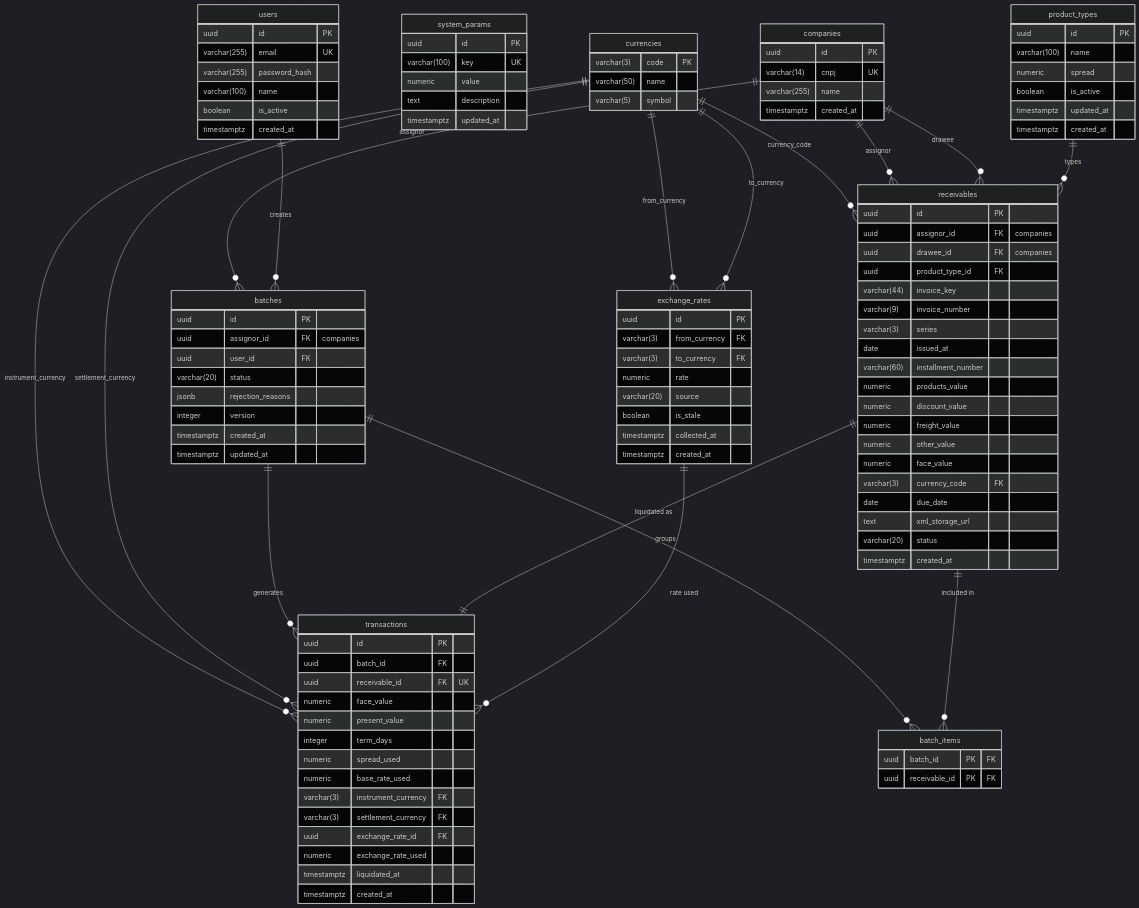
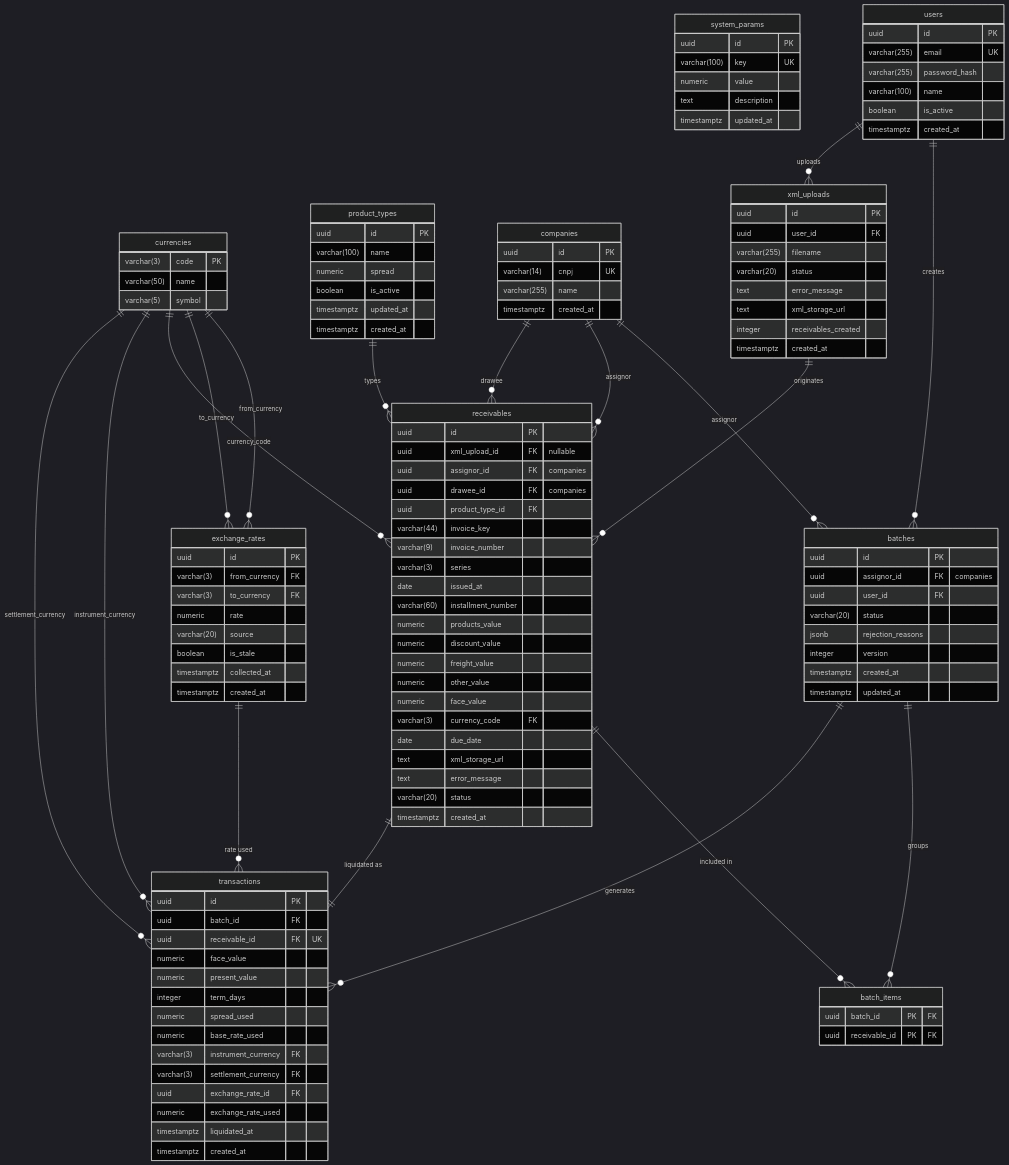
The diagram in docs/er-diagram.md (alexandre-queiroz/srm-back), drawn with Mermaid (dark theme) before and after one commit. The commit also changed other lines of this file and 6 other files, not shown here.

First line of the commit message:
feat(db): link receivables to xml_uploads and add invalid status

````diff
--- a/docs/er-diagram.md
+++ b/docs/er-diagram.md
@@ -65,6 +65,7 @@
 
     receivables {
         uuid            id                  PK
+        uuid            xml_upload_id       FK "nullable"
         uuid            assignor_id         FK "companies"
         uuid            drawee_id           FK "companies"
         uuid            product_type_id     FK
@@ -81,7 +82,19 @@
         varchar(3)      currency_code       FK
         date            due_date
         text            xml_storage_url
+        text            error_message
         varchar(20)     status
+        timestamptz     created_at
+    }
+
+    xml_uploads {
+        uuid            id                  PK
+        uuid            user_id             FK
+        varchar(255)    filename
+        varchar(20)     status
+        text            error_message
+        text            xml_storage_url
+        integer         receivables_created
         timestamptz     created_at
     }
 
@@ -122,4 +135,6 @@
     product_types     ||--o{ receivables     : "types"
     receivables       ||--|| transactions    : "liquidated as"
     exchange_rates    ||--o{ transactions    : "rate used"
+    users             ||--o{ xml_uploads    : "uploads"
+    xml_uploads       ||--o{ receivables   : "originates"
 ```
````
